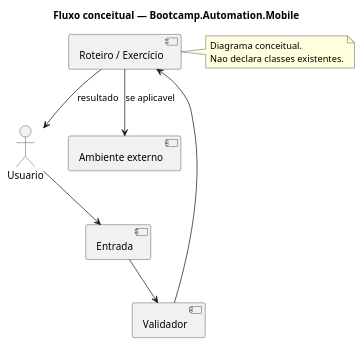
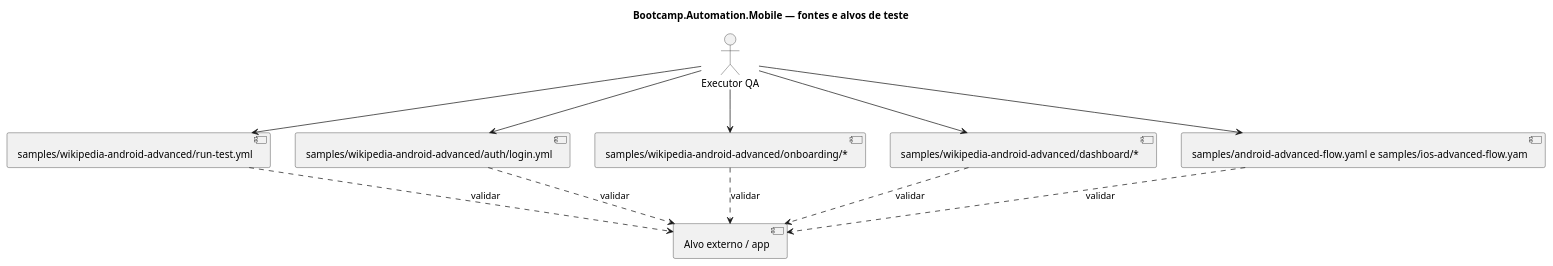
The diagram in docs/UML.puml (DanieldeAlmeida2024/Bootcamp.Automation.Mobile), drawn with PlantUML before and after one commit. The commit also changed 10 other files, not shown here.

Commit message:
docs(qa): cenarios e diagramas de automacao especificos, versao 1.0.0

```diff
--- a/docs/UML.puml
+++ b/docs/UML.puml
@@ -1,17 +1,20 @@
 @startuml
-title Fluxo conceitual — Bootcamp.Automation.Mobile
-actor Usuario
-component "Entrada" as Entrada
-component "Validador" as Validador
-component "Roteiro / Exercício" as Roteiro
-component "Ambiente externo" as Externo
-Usuario --> Entrada
-Entrada --> Validador
-Validador --> Roteiro
-Roteiro --> Externo : se aplicavel
-Roteiro --> Usuario : resultado
-note right of Roteiro
-Diagrama conceitual.
-Nao declara classes existentes.
-end note
+title Bootcamp.Automation.Mobile — fontes e alvos de teste
+actor "Executor QA" as Exec
+component "samples/wikipedia-android-advanced/run-test.yml" as C0
+Exec --> C0
+component "samples/wikipedia-android-advanced/auth/login.yml" as C1
+Exec --> C1
+component "samples/wikipedia-android-advanced/onboarding/*" as C2
+Exec --> C2
+component "samples/wikipedia-android-advanced/dashboard/*" as C3
+Exec --> C3
+component "samples/android-advanced-flow.yaml e samples/ios-advanced-flow.yam" as C4
+Exec --> C4
+component "Alvo externo / app" as Ext
+C0 ..> Ext : validar
+C1 ..> Ext : validar
+C2 ..> Ext : validar
+C3 ..> Ext : validar
+C4 ..> Ext : validar
 @enduml
```
